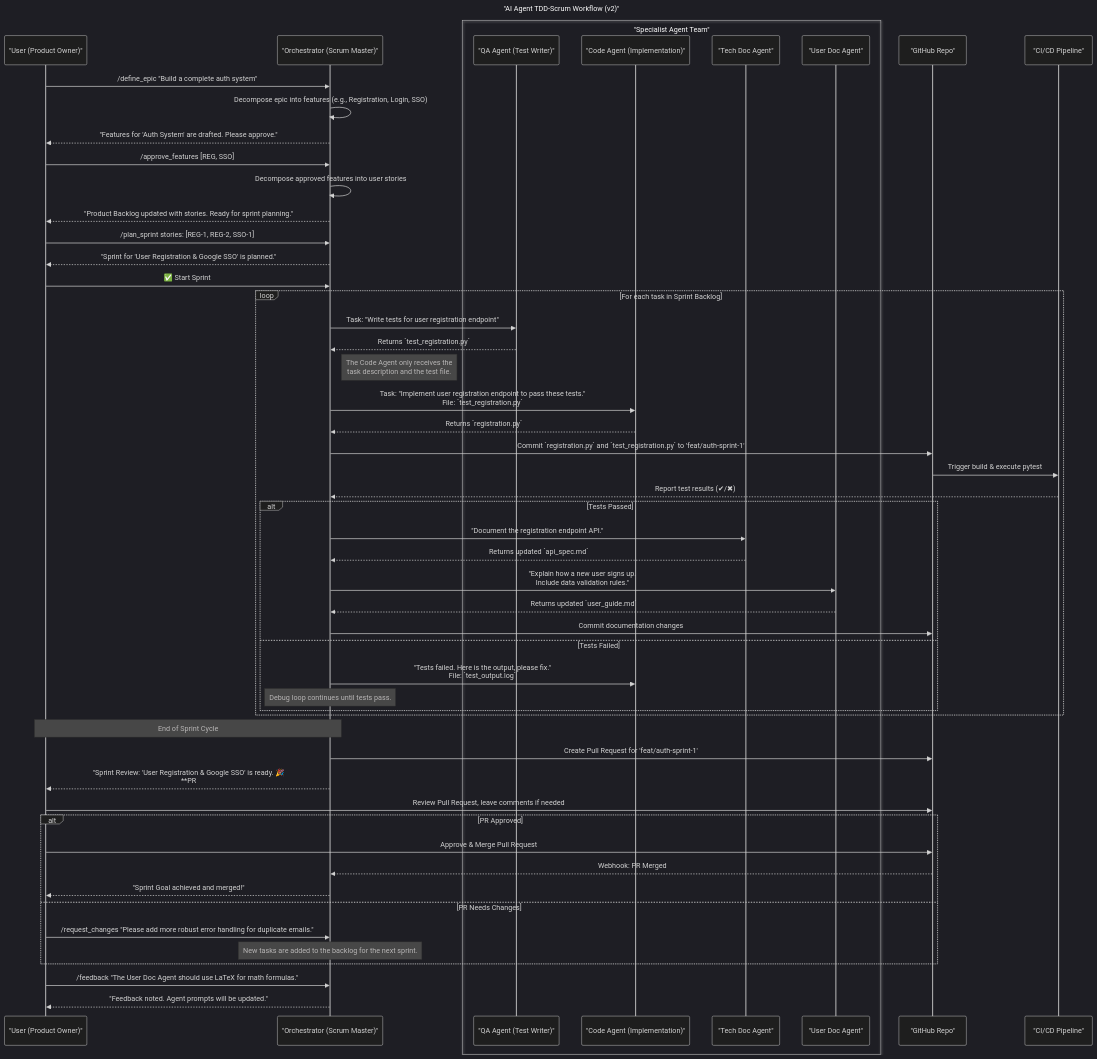
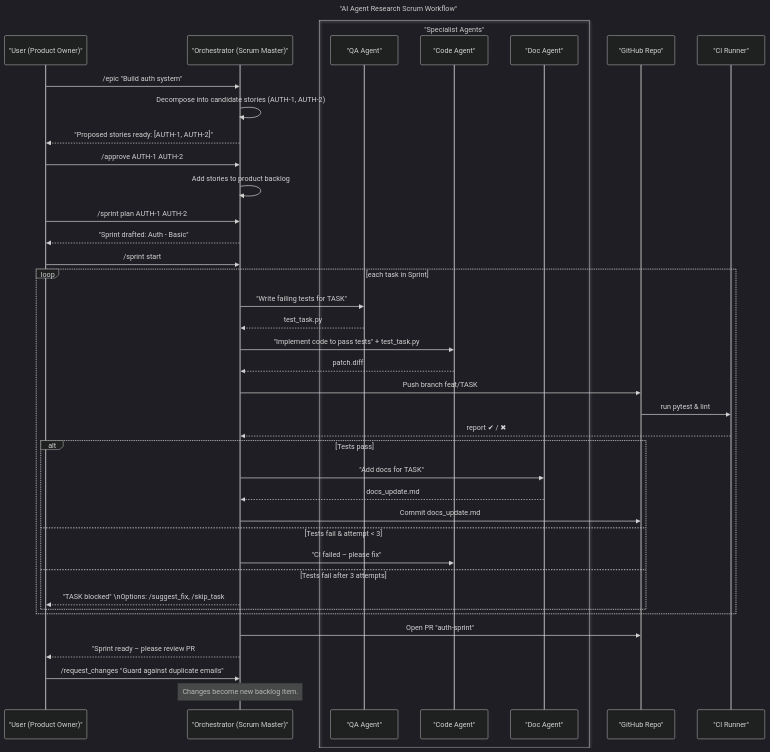
Before and after one commit to jmontp/agent-workflow: the first of 4 diagrams in sequence_diagram.md, drawn with Mermaid. The commit also changed other lines of this file and 4 other files, not shown here.

Commit message:
Refactor HITL commands and sequence diagrams for research mode, and fix Mermaid syntax

````diff
--- a/sequence_diagram.md
+++ b/sequence_diagram.md
@@ -11,74 +9,57 @@
 ```mermaid
-%%{init: {'theme': 'dark', 'themeVariables': { 'primaryColor': '#42a5f5', 'mainBkg': '#1e1e1e', 'textColor': '#ffffff'}}}%%
+%%{init: {'theme': 'dark'}}%%
 sequenceDiagram
-    title "AI Agent TDD-Scrum Workflow (v2)"
+    title "AI Agent Research Scrum Workflow"
 
     participant U as "User (Product Owner)"
     participant BOT as "Orchestrator (Scrum Master)"
-    box "Specialist Agent Team"
-        participant QA_Agent as "QA Agent (Test Writer)"
-        participant Code_Agent as "Code Agent (Implementation)"
-        participant Tech_Doc_Agent as "Tech Doc Agent"
-        participant User_Doc_Agent as "User Doc Agent"
+    box "Specialist Agents"
+        participant QA as "QA Agent"
+        participant DEV as "Code Agent"
+        participant DOC as "Doc Agent"
     end
     participant GH as "GitHub Repo"
-    participant CI as "CI/CD Pipeline"
+    participant CI as "CI Runner"
 
-    %% == 1. Backlog Refinement (Epic -> Feature -> Story) ==
-    U->>BOT: /define_epic "Build a complete auth system"
-    BOT->>BOT: Decompose epic into features (e.g., Registration, Login, SSO)
-    BOT-->>U: "Features for 'Auth System' are drafted. Please approve."
-    U->>BOT: /approve_features [REG, SSO]
-    BOT->>BOT: Decompose approved features into user stories
-    BOT-->>U: "Product Backlog updated with stories. Ready for sprint planning."
+    %% == 1. Vision & Backlog ==
+    U->>BOT: /epic "Build auth system"
+    BOT->>BOT: Decompose into candidate stories (AUTH-1, AUTH-2)
+    BOT-->>U: "Proposed stories ready: [AUTH-1, AUTH-2]"
+
+    U->>BOT: /approve AUTH-1 AUTH-2
+    BOT->>BOT: Add stories to product backlog
 
     %% == 2. Sprint Planning ==
-    U->>BOT: /plan_sprint stories: [REG-1, REG-2, SSO-1]
-    BOT-->>U: "Sprint for 'User Registration & Google SSO' is planned."
-    U->>BOT: ✅ Start Sprint
+    U->>BOT: /sprint plan AUTH-1 AUTH-2
+    BOT-->>U: "Sprint drafted: Auth ‑ Basic"
+    U->>BOT: /sprint start
 
-    %% == 3. Sprint Execution (TDD Task Loop) ==
-    loop For each task in Sprint Backlog
-        BOT->>QA_Agent: Task: "Write tests for user registration endpoint"
-        QA_Agent-->>BOT: Returns `test_registration.py`
-        
-        note right of BOT: The Code Agent only receives the<br/>task description and the test file.
-        BOT->>Code_Agent: Task: "Implement user registration endpoint to pass these tests."<br/>File: `test_registration.py`
-        Code_Agent-->>BOT: Returns `registration.py`
-        
-        BOT->>GH: Commit `registration.py` and `test_registration.py` to 'feat/auth-sprint-1'
-        GH->>CI: Trigger build & execute pytest
-        CI-->>BOT: Report test results (✔/✖)
-        
-        alt Tests Passed
-            BOT->>Tech_Doc_Agent: "Document the registration endpoint API."
-            Tech_Doc_Agent-->>BOT: Returns updated `api_spec.md`
-            
-            BOT->>User_Doc_Agent: "Explain how a new user signs up.<br/>Include data validation rules."
-            User_Doc_Agent-->>BOT: Returns updated `user_guide.md`
-            
-            BOT->>GH: Commit documentation changes
-        else Tests Failed
-            BOT->>Code_Agent: "Tests failed. Here is the output, please fix."<br/>File: `test_output.log`
-            note over BOT: Debug loop continues until tests pass.
+    %% == 3. Sprint Execution ==
+    loop each task in Sprint
+        BOT->>QA: "Write failing tests for TASK"
+        QA-->>BOT: test_task.py
+
+        BOT->>DEV: "Implement code to pass tests" + test_task.py
+        DEV-->>BOT: patch.diff
+
+        BOT->>GH: Push branch feat/TASK
+        GH->>CI: run pytest & lint
+        CI-->>BOT: report ✔ / ✖
+
+        alt Tests pass
+            BOT->>DOC: "Add docs for TASK"
+            DOC-->>BOT: docs_update.md
+            BOT->>GH: Commit docs_update.md
+        else Tests fail & attempt < 3
+            BOT->>DEV: "CI failed – please fix"
+        else Tests fail after 3 attempts
+            BOT-->>U: "TASK blocked"  \nOptions: /suggest_fix, /skip_task
         end
     end
 
     %% == 4. Sprint Review ==
-    Note over U, BOT: End of Sprint Cycle
-    BOT->>GH: Create Pull Request for 'feat/auth-sprint-1'
-    BOT-->>U: "Sprint Review: 'User Registration & Google SSO' is ready. 🎉<br/>**PR #125 is ready for your review and approval.**"
-    U->>GH: Review Pull Request, leave comments if needed
-    alt PR Approved
-        U->>GH: Approve & Merge Pull Request
-        GH-->>BOT: Webhook: PR Merged
-        BOT-->>U: "Sprint Goal achieved and merged!"
-    else PR Needs Changes
-        U->>BOT: /request_changes "Please add more robust error handling for duplicate emails."
-        note over BOT: New tasks are added to the backlog for the next sprint.
-    end
-
-    %% == 5. Sprint Retrospective ==
-    U->>BOT: /feedback "The User Doc Agent should use LaTeX for math formulas."
-    BOT-->>U: "Feedback noted. Agent prompts will be updated."
+    BOT->>GH: Open PR "auth-sprint"
+    BOT-->>U: "Sprint ready – please review PR #123"
+    U->>BOT: /request_changes "Guard against duplicate emails"
+    note over BOT: Changes become new backlog item.
 ```
````
